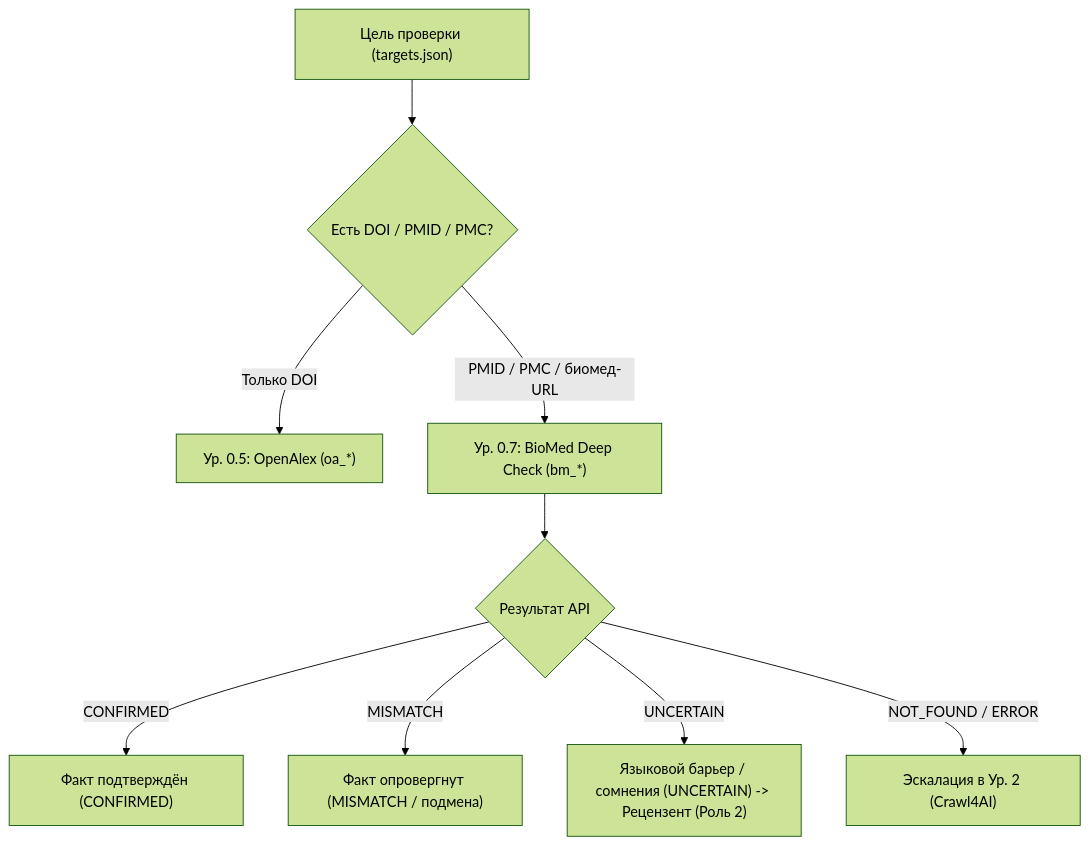
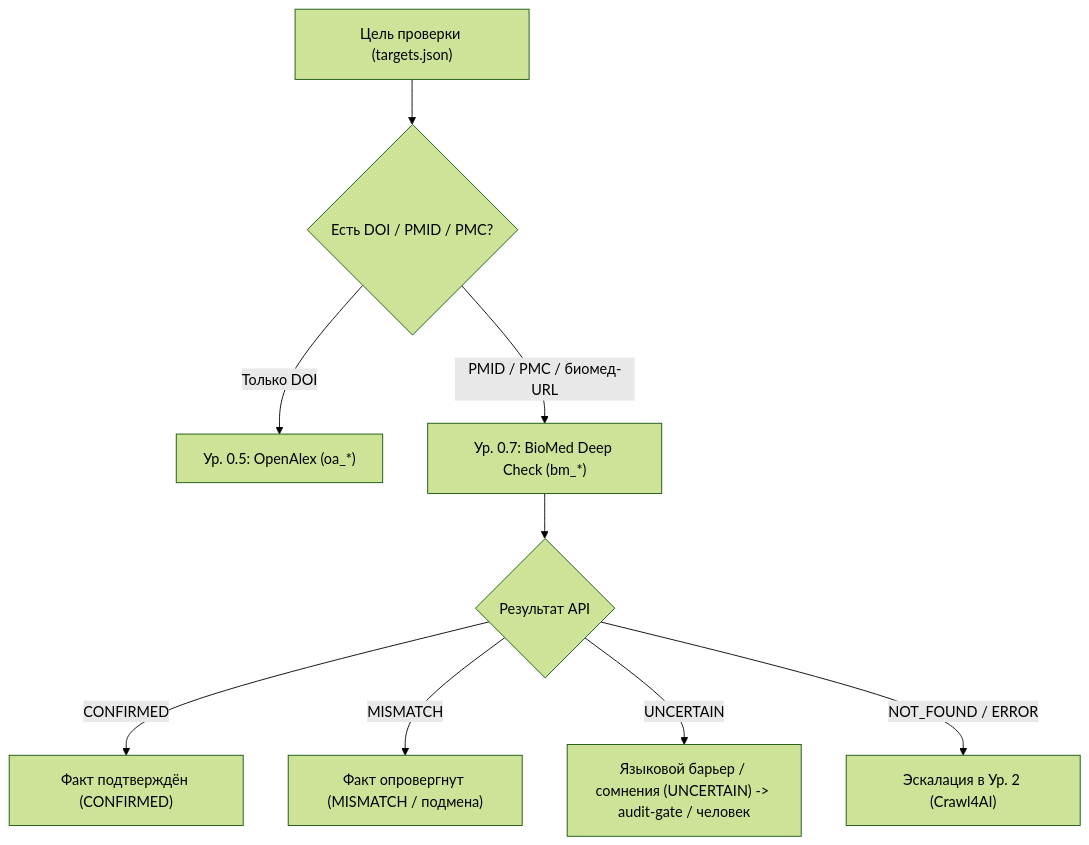
The diagram in pipeline/docs/biomed-protocol.md (DrHush47/SplitAndMerge), drawn with Mermaid (forest theme) before and after one commit. The commit also changed other lines of this file and 18 other files, not shown here.

````diff
--- a/pipeline/docs/biomed-protocol.md
+++ b/pipeline/docs/biomed-protocol.md
@@ -38,12 +37,12 @@
 ```mermaid
 flowchart TD
     Target["Цель проверки (targets.json)"] --> Check{"Есть DOI / PMID / PMC?"}
     Check -->|Только DOI| L05["Ур. 0.5: OpenAlex (oa_*)"]
     Check -->|PMID / PMC / биомед-URL| L07["Ур. 0.7: BioMed Deep Check (bm_*)"]
     
     L07 --> Status{"Результат API"}
     Status -->|CONFIRMED| Done["Факт подтверждён (CONFIRMED)"]
     Status -->|MISMATCH| Refuted["Факт опровергнут (MISMATCH / подмена)"]
-    Status -->|UNCERTAIN| Review["Языковой барьер / сомнения (UNCERTAIN) -> Рецензент (Роль 2)"]
+    Status -->|UNCERTAIN| Review["Языковой барьер / сомнения (UNCERTAIN) -> audit-gate / человек"]
     Status -->|NOT_FOUND / ERROR| L2["Эскалация в Ур. 2 (Crawl4AI)"]
 ```
````
